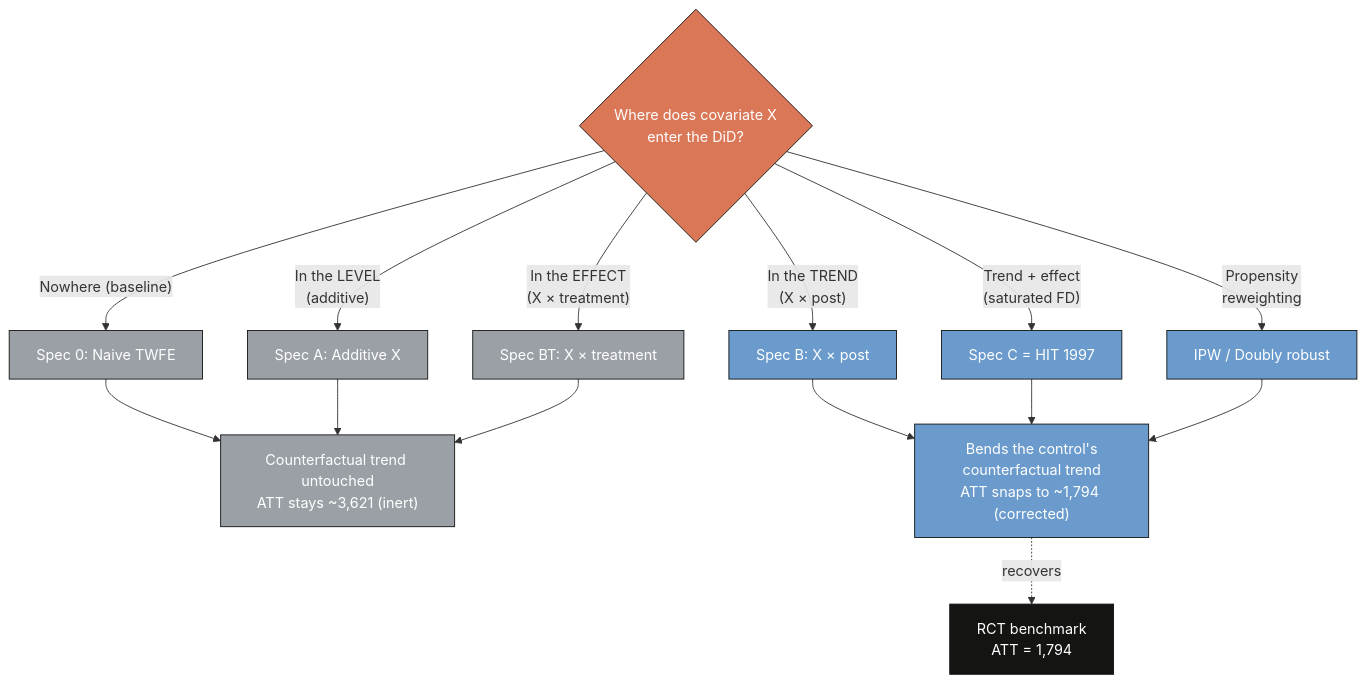
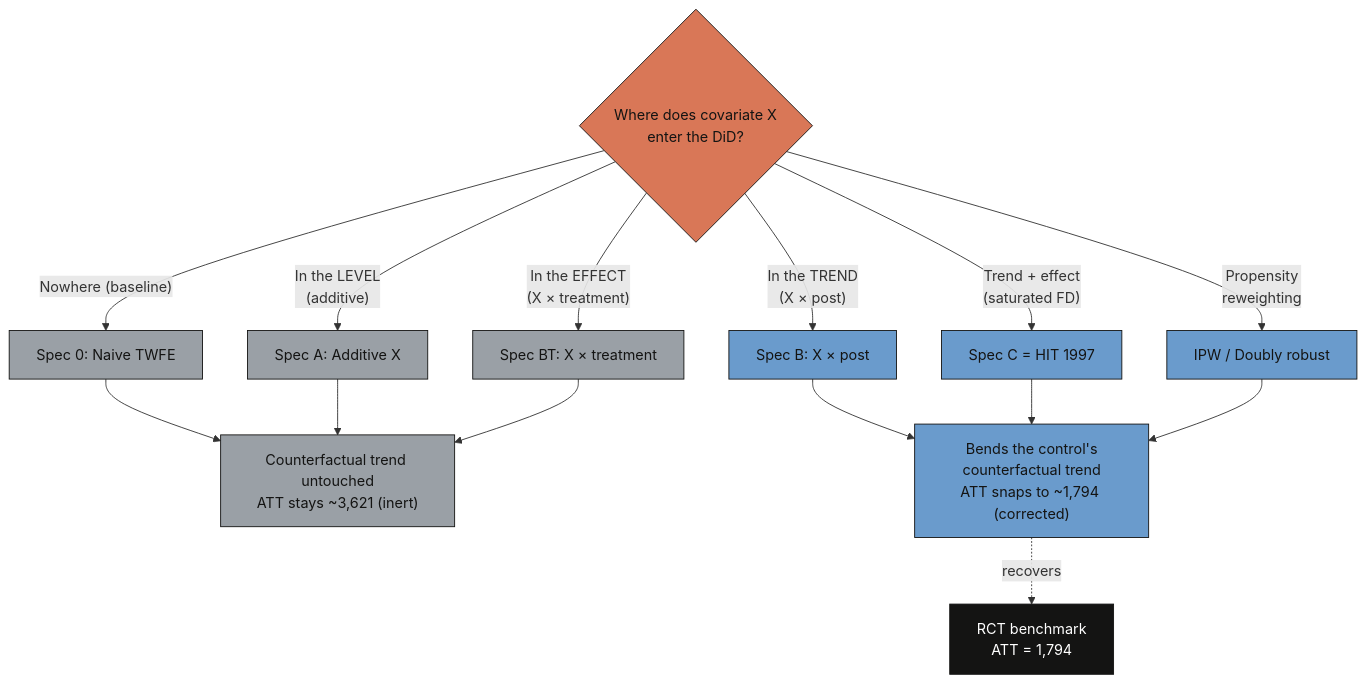
Before and after one commit to cmg777/starter-academic-v501: the diagram in content/post/python_did_covariates_lalonde/index.md, drawn with Mermaid. The commit also changed 67 other files, not shown here.

First line of the commit message:
fix(mermaid): readable diagram text in both themes across the site

````diff
--- a/content/post/python_did_covariates_lalonde/index.md
+++ b/content/post/python_did_covariates_lalonde/index.md
@@ -208,27 +208,28 @@
 ```mermaid
 graph TD
     Q{"Where does covariate X<br/>enter the DiD?"}
     Q -->|"Nowhere (baseline)"| N["Spec 0: Naive TWFE"]
     Q -->|"In the LEVEL<br/>(additive)"| L["Spec A: Additive X"]
     Q -->|"In the EFFECT<br/>(X × treatment)"| E["Spec BT: X × treatment"]
     Q -->|"In the TREND<br/>(X × post)"| T["Spec B: X × post"]
     Q -->|"Trend + effect<br/>(saturated FD)"| S["Spec C = HIT 1997"]
     Q -->|"Propensity<br/>reweighting"| P["IPW / Doubly robust"]
     N --> INERT["Counterfactual trend untouched<br/>ATT stays ~3,621 (inert)"]
     L --> INERT
     E --> INERT
     T --> FIX["Bends the control's<br/>counterfactual trend<br/>ATT snaps to ~1,794 (corrected)"]
     S --> FIX
     P --> FIX
     FIX -.->|recovers| BENCH["RCT benchmark<br/>ATT = 1,794"]
-    style Q fill:#d97757,stroke:#141413,color:#fff
-    style INERT fill:#9aa0a6,stroke:#141413,color:#fff
-    style FIX fill:#6a9bcc,stroke:#141413,color:#fff
+    classDef sty_Q fill:#d97757,stroke:#141413,color:#141413
+    class Q sty_Q
+    style INERT fill:#9aa0a6,stroke:#141413,color:#141413
+    style FIX fill:#6a9bcc,stroke:#141413,color:#141413
     style BENCH fill:#141413,stroke:#141413,color:#fff
-    style N fill:#9aa0a6,stroke:#141413,color:#fff
-    style L fill:#9aa0a6,stroke:#141413,color:#fff
-    style E fill:#9aa0a6,stroke:#141413,color:#fff
-    style T fill:#6a9bcc,stroke:#141413,color:#fff
-    style S fill:#6a9bcc,stroke:#141413,color:#fff
-    style P fill:#6a9bcc,stroke:#141413,color:#fff
+    style N fill:#9aa0a6,stroke:#141413,color:#141413
+    style L fill:#9aa0a6,stroke:#141413,color:#141413
+    style E fill:#9aa0a6,stroke:#141413,color:#141413
+    style T fill:#6a9bcc,stroke:#141413,color:#141413
+    style S fill:#6a9bcc,stroke:#141413,color:#141413
+    style P fill:#6a9bcc,stroke:#141413,color:#141413
 ```
````
